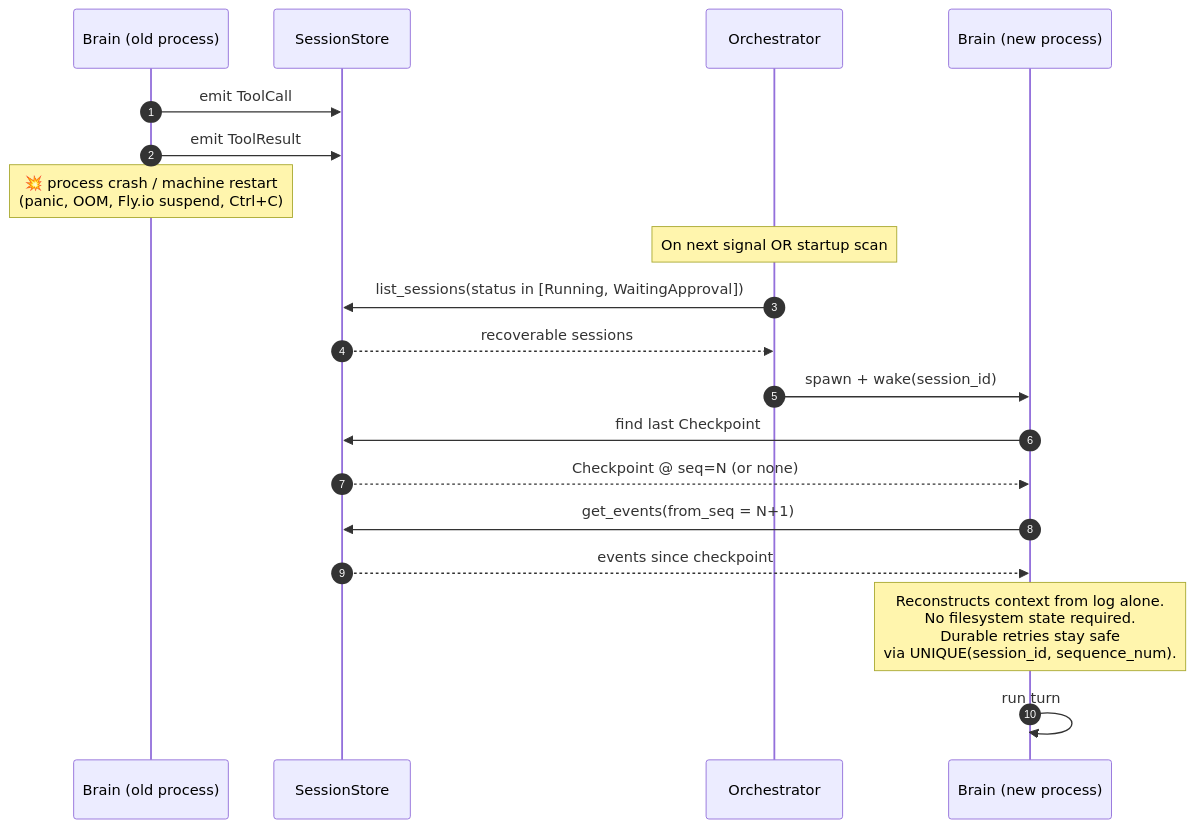
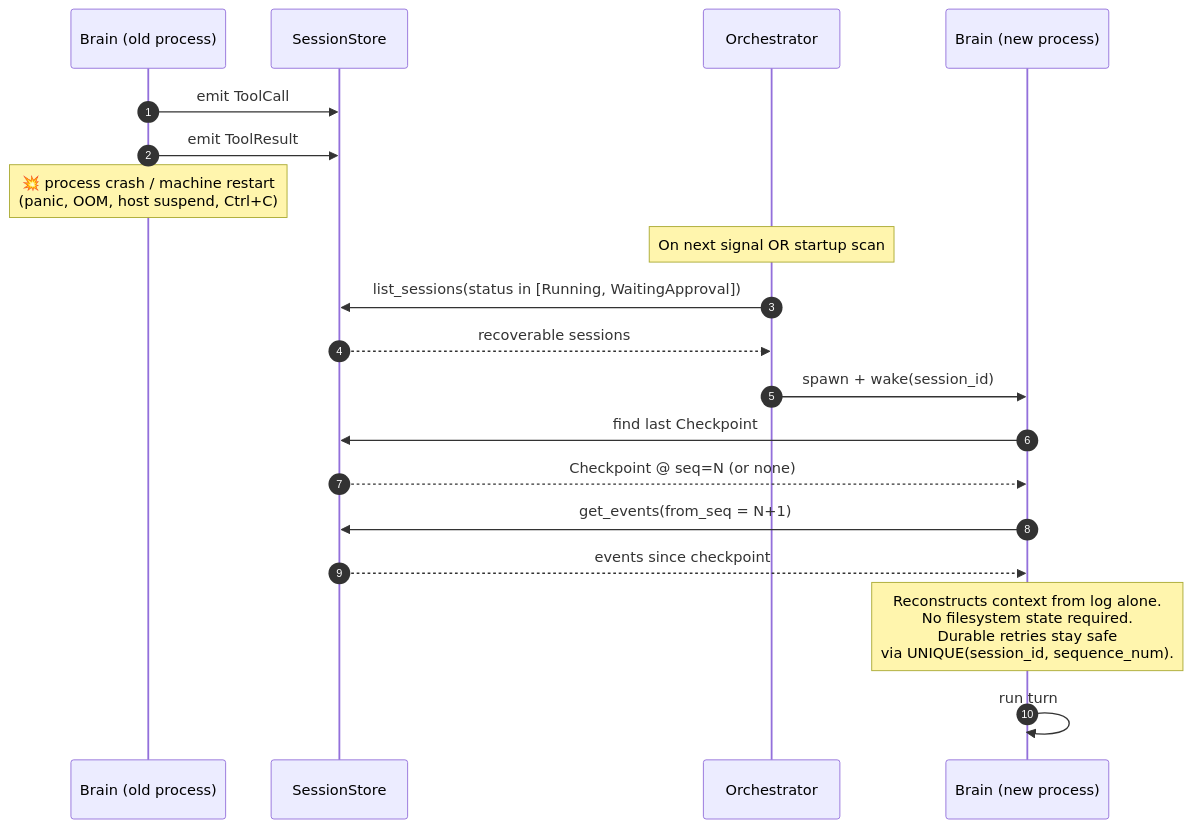
One commit to hwuiwon/moa changed the eighth of 14 diagrams in SEQUENCE-DIAGRAMS.md. Above: the diagram before and after it, drawn with Mermaid. The commit also changed other lines of this file and 184 other files, not shown here.

````diff
--- a/SEQUENCE-DIAGRAMS.md
+++ b/SEQUENCE-DIAGRAMS.md
@@ -377,26 +377,26 @@
 ```mermaid
 sequenceDiagram
     autonumber
     participant OldBrain as Brain (old process)
     participant Log as SessionStore
     participant Orch as Orchestrator
     participant NewBrain as Brain (new process)
 
     OldBrain->>Log: emit ToolCall
     OldBrain->>Log: emit ToolResult
-    Note over OldBrain: 💥 process crash / machine restart<br/>(panic, OOM, Fly.io suspend, Ctrl+C)
+    Note over OldBrain: 💥 process crash / machine restart<br/>(panic, OOM, host suspend, Ctrl+C)
 
     Note over Orch: On next signal OR startup scan
     Orch->>Log: list_sessions(status in [Running, WaitingApproval])
     Log-->>Orch: recoverable sessions
 
     Orch->>NewBrain: spawn + wake(session_id)
     NewBrain->>Log: find last Checkpoint
     Log-->>NewBrain: Checkpoint @ seq=N (or none)
     NewBrain->>Log: get_events(from_seq = N+1)
     Log-->>NewBrain: events since checkpoint
 
     Note over NewBrain: Reconstructs context from log alone.<br/>No filesystem state required.<br/>Durable retries stay safe<br/>via UNIQUE(session_id, sequence_num).
 
     NewBrain->>NewBrain: run turn
 ```
````
